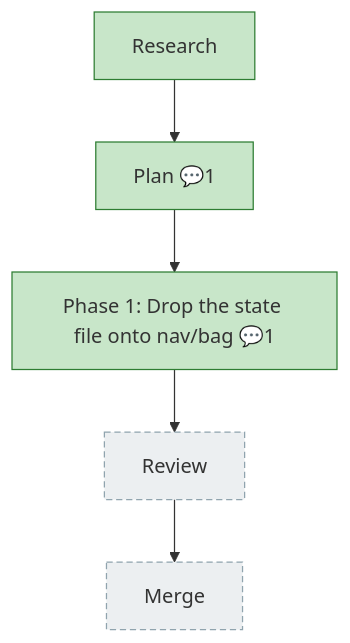
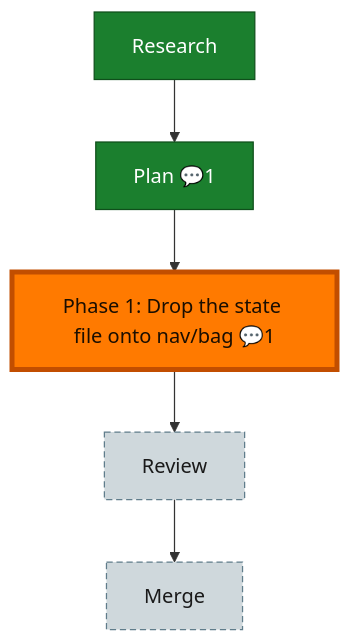
The diagram in docs/plans/030-the-flow-state-determinism/the-flow.md (AI-Substrate/harness-engineering), drawn with Mermaid before and after one commit. The commit also changed other lines of this file and 53 other files, not shown here.

First line of the commit message:
docs: close out flow states + land prior-session artifacts (034-052)

````diff
--- a/docs/plans/030-the-flow-state-determinism/the-flow.md
+++ b/docs/plans/030-the-flow-state-determinism/the-flow.md
@@ -8,26 +8,15 @@
 ```mermaid
 flowchart TD
+    research["Research"]:::done
+    plan["Plan 💬1"]:::done
+    phase_1["Phase 1: Drop the state file onto nav/bag 💬1"]:::done
+    review["Review"]:::assumed
     merge["Merge"]:::assumed
-    review["Review"]:::assumed
-    phase_1["Phase 1: Drop the state file onto nav/bag 💬1"]:::done
-    plan["Plan 💬1"]:::done
-    research["Research"]:::done
 
-    review --> merge
-    phase_1 --> review
-    plan --> phase_1
-    research --> plan
+    research --> plan --> phase_1 --> review --> merge
 
-    classDef done fill:#C8E6C9,stroke:#2E7D32;
-    classDef wip fill:#FFE0B2,stroke:#EF6C00;
-    classDef blocked fill:#FFCDD2,stroke:#C62828;
-    classDef known fill:#BBDEFB,stroke:#1565C0;
-    classDef assumed fill:#ECEFF1,stroke:#90A4AE,stroke-dasharray:5 3;
-    classDef said fill:#FFF9C4,stroke:#F9A825;
-    classDef harness fill:#EDE7F6,stroke:#673AB7;
-    classDef decision fill:#FFF3E0,stroke:#FB8C00,stroke-dasharray:2 2;
-    classDef companion fill:#D1C4E9,stroke:#5E35B1;
-    classDef worker fill:#B2DFDB,stroke:#00897B;
-    classDef chore fill:#E0F2F1,stroke:#00897B,stroke-dasharray:3 2;
-    classDef unknown fill:#FAFAFA,stroke:#BDBDBD,stroke-dasharray:1 4;
+    classDef done fill:#1B7F2E,stroke:#0F4F1B,color:#fff;
+    classDef assumed fill:#CFD8DC,stroke:#607D8B,color:#1a1a1a,stroke-dasharray:5 3;
+    classDef current fill:#FF7A00,stroke:#C24E00,color:#1a0e00,stroke-width:4px;
+    class phase_1 current;
 ```
````
